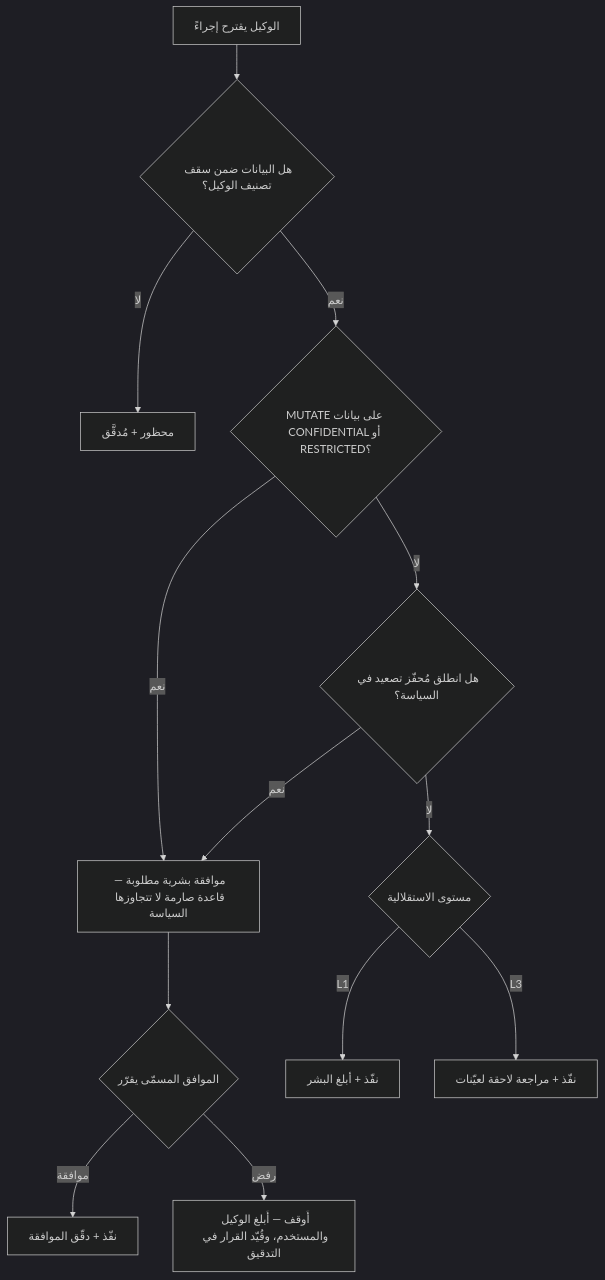
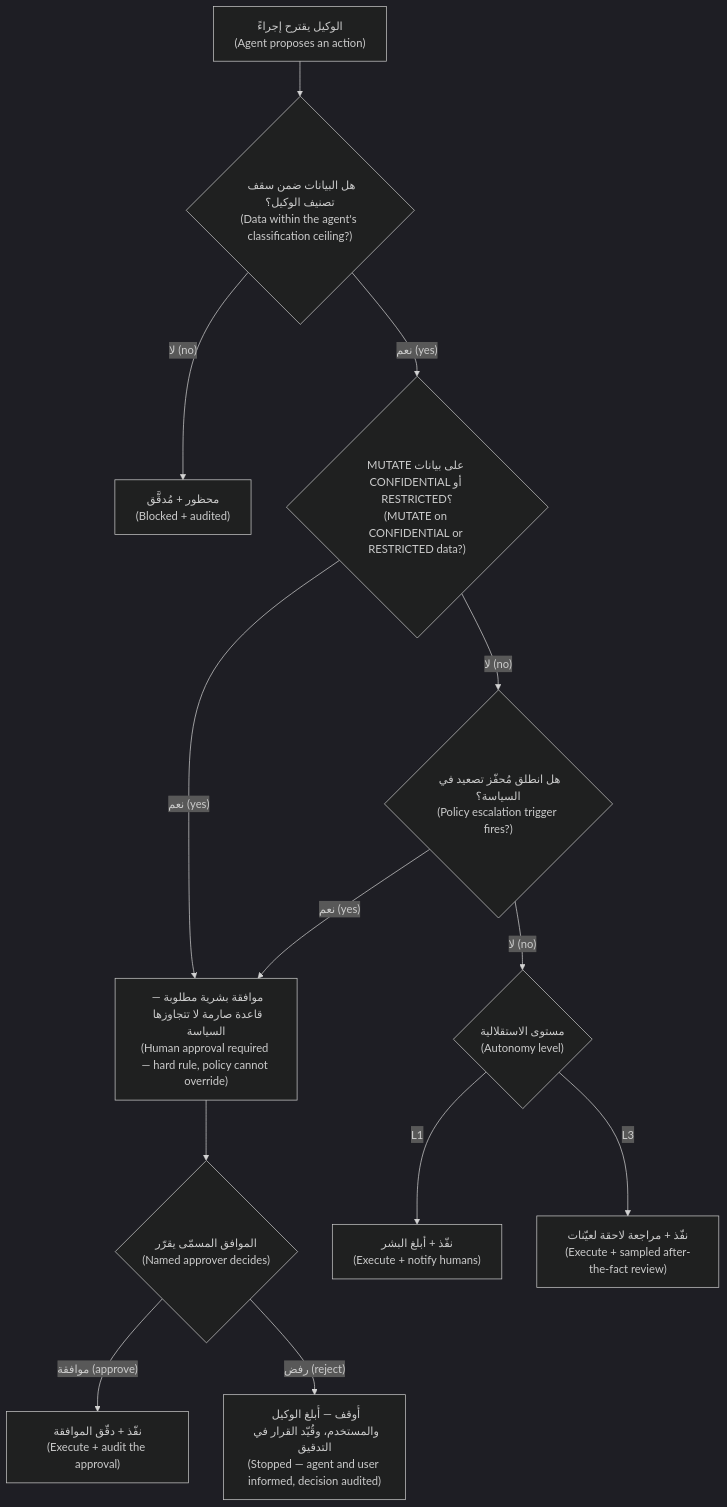
One commit to Tamoura/AI-agents changed the third of 4 diagrams in qdb-agent-framework/docs/PRODUCTION-PLAYBOOK.ar.md. Above: the diagram before and after it, drawn with Mermaid (dark theme). The commit also changed other lines of this file and 3 other files, not shown here.

First line of the commit message:
Arabic docs: English on every diagram label; rebuild Arabic HTML

````diff
--- a/qdb-agent-framework/docs/PRODUCTION-PLAYBOOK.ar.md
+++ b/qdb-agent-framework/docs/PRODUCTION-PLAYBOOK.ar.md
@@ -172,15 +172,15 @@
 ```mermaid
 flowchart TD
-    S["الوكيل يقترح إجراءً"] --> C1{"هل البيانات ضمن سقف تصنيف الوكيل؟"}
-    C1 -- لا --> BLK["محظور + مُدقَّق"]
-    C1 -- نعم --> C2{"MUTATE على بيانات CONFIDENTIAL أو RESTRICTED؟"}
-    C2 -- نعم --> ESC["موافقة بشرية مطلوبة — قاعدة صارمة لا تتجاوزها السياسة"]
-    C2 -- لا --> C3{"هل انطلق مُحفّز تصعيد في السياسة؟"}
-    C3 -- نعم --> ESC
-    C3 -- لا --> C4{"مستوى الاستقلالية"}
-    C4 -- "L1" --> N["نفّذ + أبلغ البشر"]
-    C4 -- "L3" --> X["نفّذ + مراجعة لاحقة لعيّنات"]
-    ESC --> H{"الموافق المسمّى يقرّر"}
-    H -- موافقة --> XA["نفّذ + دقّق الموافقة"]
-    H -- رفض --> RJ["أُوقف — أُبلغ الوكيل والمستخدم، وقُيّد القرار في التدقيق"]
+    S["الوكيل يقترح إجراءً<br/>(Agent proposes an action)"] --> C1{"هل البيانات ضمن سقف تصنيف الوكيل؟<br/>(Data within the agent's classification ceiling?)"}
+    C1 -- "لا (no)" --> BLK["محظور + مُدقَّق<br/>(Blocked + audited)"]
+    C1 -- "نعم (yes)" --> C2{"MUTATE على بيانات CONFIDENTIAL أو RESTRICTED؟<br/>(MUTATE on CONFIDENTIAL or RESTRICTED data?)"}
+    C2 -- "نعم (yes)" --> ESC["موافقة بشرية مطلوبة — قاعدة صارمة لا تتجاوزها السياسة<br/>(Human approval required — hard rule, policy cannot override)"]
+    C2 -- "لا (no)" --> C3{"هل انطلق مُحفّز تصعيد في السياسة؟<br/>(Policy escalation trigger fires?)"}
+    C3 -- "نعم (yes)" --> ESC
+    C3 -- "لا (no)" --> C4{"مستوى الاستقلالية<br/>(Autonomy level)"}
+    C4 -- "L1" --> N["نفّذ + أبلغ البشر<br/>(Execute + notify humans)"]
+    C4 -- "L3" --> X["نفّذ + مراجعة لاحقة لعيّنات<br/>(Execute + sampled after-the-fact review)"]
+    ESC --> H{"الموافق المسمّى يقرّر<br/>(Named approver decides)"}
+    H -- "موافقة (approve)" --> XA["نفّذ + دقّق الموافقة<br/>(Execute + audit the approval)"]
+    H -- "رفض (reject)" --> RJ["أُوقف — أُبلغ الوكيل والمستخدم، وقُيّد القرار في التدقيق<br/>(Stopped — agent and user informed, decision audited)"]
 ```
````
